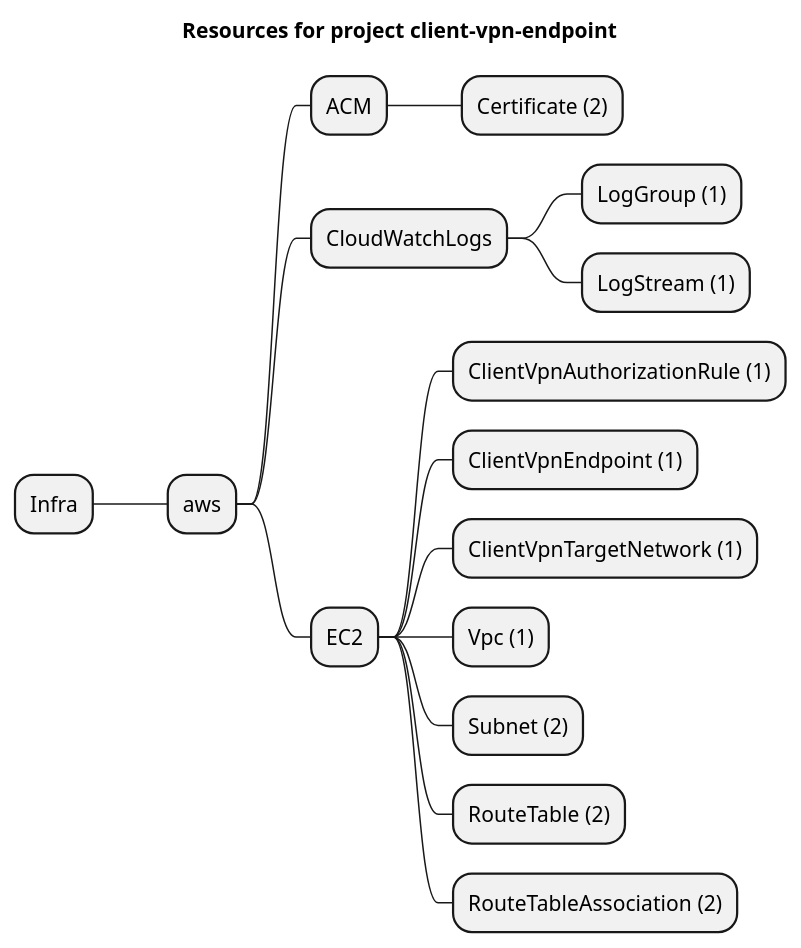
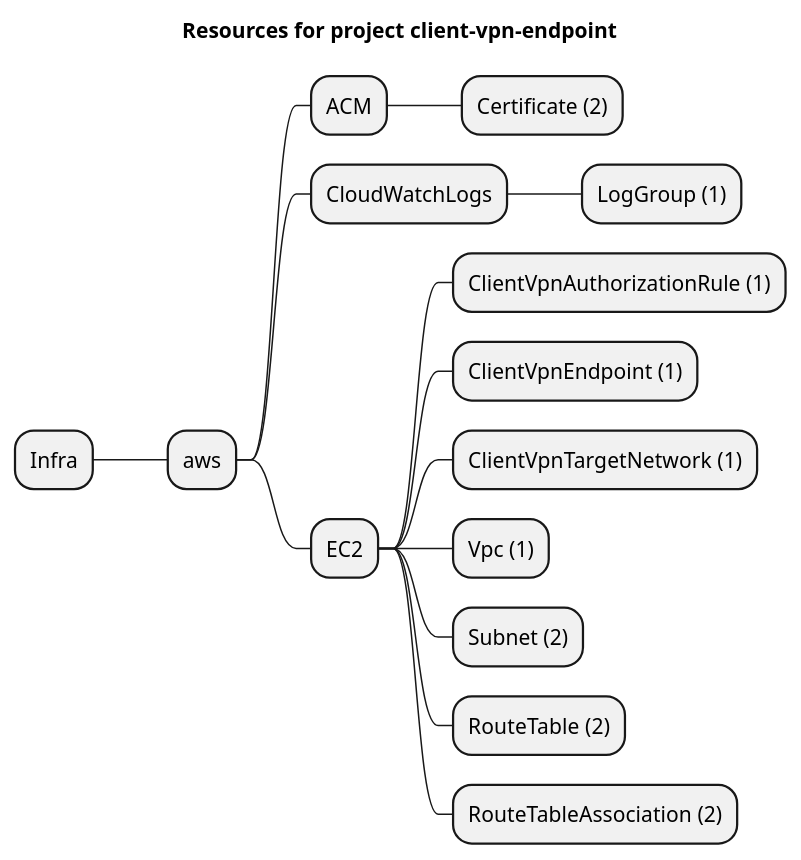
One commit to grucloud/grucloud changed the diagram in examples/aws/EC2/client-vpn-endpoint/artifacts/resources-mindmap.puml. Above: the diagram before and after it, drawn with PlantUML. The commit also changed 341 other files, not shown here.

```diff
--- a/examples/aws/EC2/client-vpn-endpoint/artifacts/resources-mindmap.puml
+++ b/examples/aws/EC2/client-vpn-endpoint/artifacts/resources-mindmap.puml
@@ -1,19 +1,18 @@
 @startmindmap
 title Resources for project client-vpn-endpoint
 skinparam monochrome true
 + Infra
 ++ aws
 +++ ACM
 ++++ Certificate (2)
 +++ CloudWatchLogs
 ++++ LogGroup (1)
-++++ LogStream (1)
 +++ EC2
 ++++ ClientVpnAuthorizationRule (1)
 ++++ ClientVpnEndpoint (1)
 ++++ ClientVpnTargetNetwork (1)
 ++++ Vpc (1)
 ++++ Subnet (2)
 ++++ RouteTable (2)
 ++++ RouteTableAssociation (2)
 @endmindmap
```
